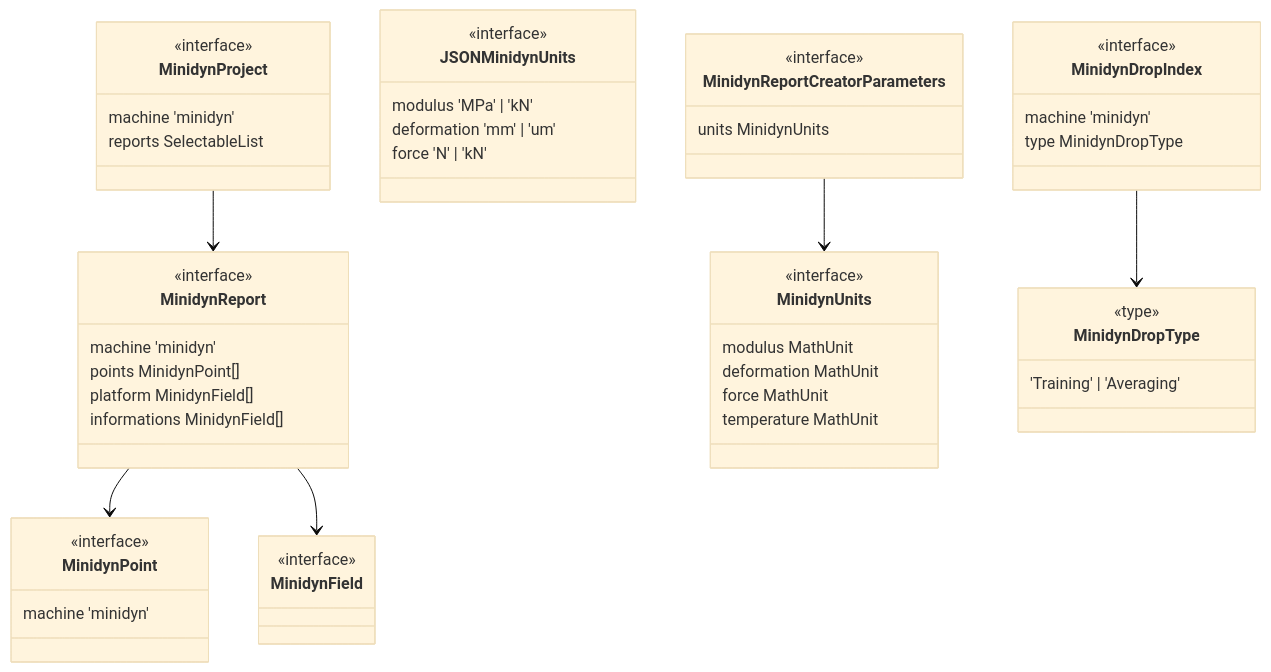
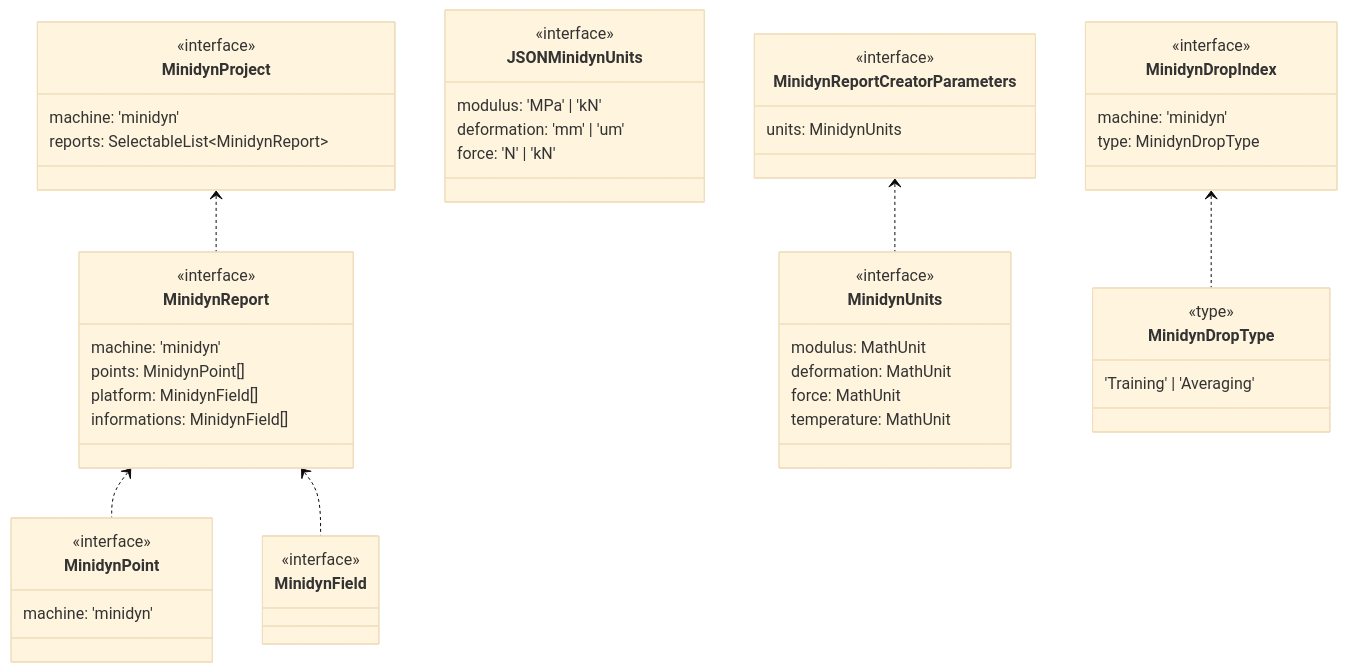
One commit to gawlk/mapview changed the diagram in mermaid/onlyMinidyn/types.mmd. Above: the diagram before and after it, drawn with Mermaid (base theme). The commit also changed other lines of this file and 67 other files, not shown here.

Commit message:
mermaid: done

```diff
--- a/mermaid/onlyMinidyn/types.mmd
+++ b/mermaid/onlyMinidyn/types.mmd
@@ -1,65 +1,73 @@
 classDiagram
 class MinidynField {
   <<interface>>
 
 }
 
 
+
 class MinidynPoint {
   <<interface>>
-  machine 'minidyn'
+  machine: 'minidyn'
 }
+
 
 
 class MinidynProject {
   <<interface>>
-  machine 'minidyn'
-  reports SelectableList<MinidynReport>
+  machine: 'minidyn'
+  reports: SelectableList#60;MinidynReport#62;
 }
-MinidynProject --> MinidynReport
+MinidynProject <.. MinidynReport
+
 
 class MinidynUnits {
   <<interface>>
-  modulus MathUnit
-  deformation MathUnit
-  force MathUnit
-  temperature MathUnit
+  modulus: MathUnit
+  deformation: MathUnit
+  force: MathUnit
+  temperature: MathUnit
 }
+
 
 
 class JSONMinidynUnits {
   <<interface>>
-  modulus 'MPa' | 'kN'
-  deformation 'mm' | 'um'
-  force 'N' | 'kN'
+  modulus: 'MPa' | 'kN'
+  deformation: 'mm' | 'um'
+  force: 'N' | 'kN'
 }
+
 
 
 class MinidynReport {
   <<interface>>
-  machine 'minidyn'
-  points MinidynPoint[]
-  platform MinidynField[]
-  informations MinidynField[]
+  machine: 'minidyn'
+  points: MinidynPoint[]
+  platform: MinidynField[]
+  informations: MinidynField[]
 }
-MinidynReport --> MinidynPoint
-MinidynReport --> MinidynField
+MinidynReport <.. MinidynPoint
+MinidynReport <.. MinidynField
+
 
 class MinidynReportCreatorParameters {
   <<interface>>
-  units MinidynUnits
+  units: MinidynUnits
 }
-MinidynReportCreatorParameters --> MinidynUnits
+MinidynReportCreatorParameters <.. MinidynUnits
+
 
 class MinidynDropType {
   <<type>>
   'Training' | 'Averaging'
 }
 
 
+
 class MinidynDropIndex {
   <<interface>>
-  machine 'minidyn'
-  type MinidynDropType
+  machine: 'minidyn'
+  type: MinidynDropType
 }
-MinidynDropIndex --> MinidynDropType
+MinidynDropIndex <.. MinidynDropType
```
